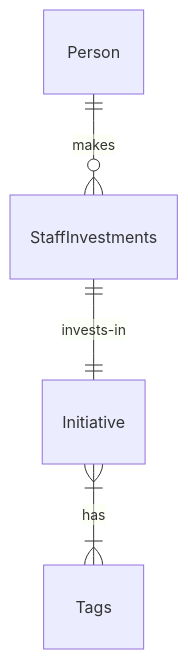
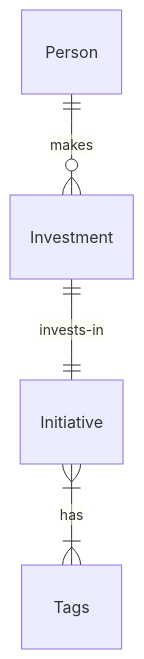
One commit to dvhthomas/bitsby.me changed the diagram in content/blog/2023-02-13/investments-in-sqlite/index.md. Above: the diagram before and after it, drawn with Mermaid. The commit also changed other lines of this file, not shown here.

```diff
--- a/content/blog/2023-02-13/investments-in-sqlite/index.md
+++ b/content/blog/2023-02-13/investments-in-sqlite/index.md
@@ -24,6 +24,6 @@
 {{<mermaid>}}
 erDiagram
-    Person ||--o{ StaffInvestments : makes
-    StaffInvestments ||--|| Initiative : invests-in
+    Person ||--o{ Investment : makes
+    Investment ||--|| Initiative : invests-in
     Initiative }|--|{ Tags : has
 {{</mermaid>}}
```
